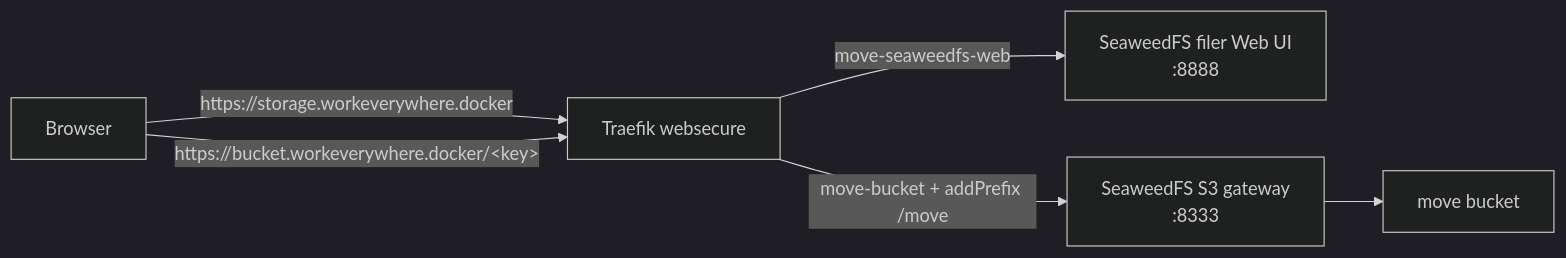
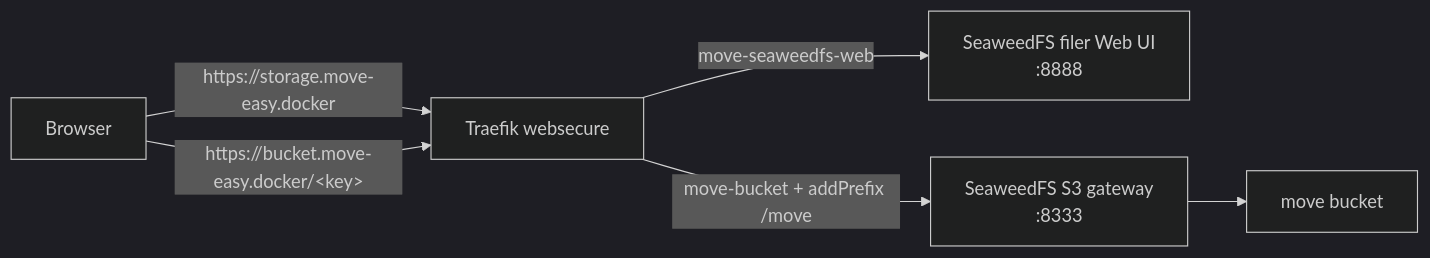
The seventh of 10 diagrams in doc/project/architecture.md (joel/move), drawn with Mermaid (dark theme) before and after one commit. The commit also changed other lines of this file and 22 other files, not shown here.

First line of the commit message:
refactor: rename local dev domain to move-easy.docker (#360)

````diff
--- a/doc/project/architecture.md
+++ b/doc/project/architecture.md
@@ -298,8 +298,8 @@
 ```mermaid
 flowchart LR
-  B["Browser"] -->|"https://storage.workeverywhere.docker"| T["Traefik websecure"]
-  B -->|"https://bucket.workeverywhere.docker/&lt;key&gt;"| T
+  B["Browser"] -->|"https://storage.move-easy.docker"| T["Traefik websecure"]
+  B -->|"https://bucket.move-easy.docker/&lt;key&gt;"| T
   T -->|"move-seaweedfs-web"| UI["SeaweedFS filer Web UI<br/>:8888"]
   T -->|"move-bucket + addPrefix /move"| S3["SeaweedFS S3 gateway<br/>:8333"]
   S3 --> V["move bucket"]
 ```
````
